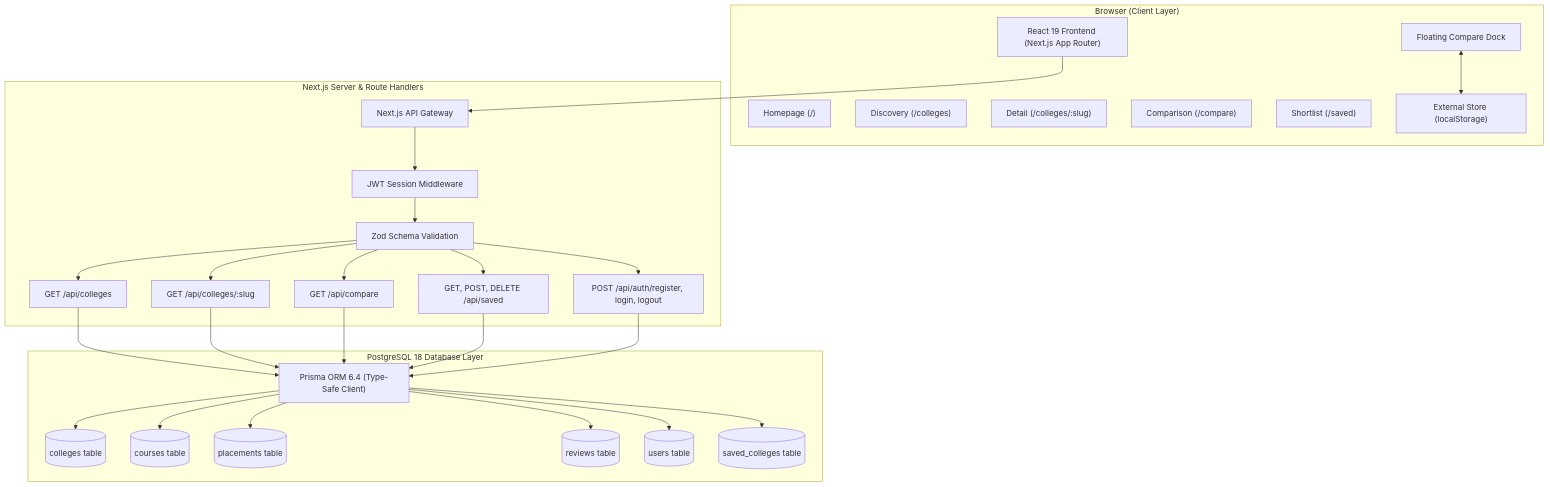
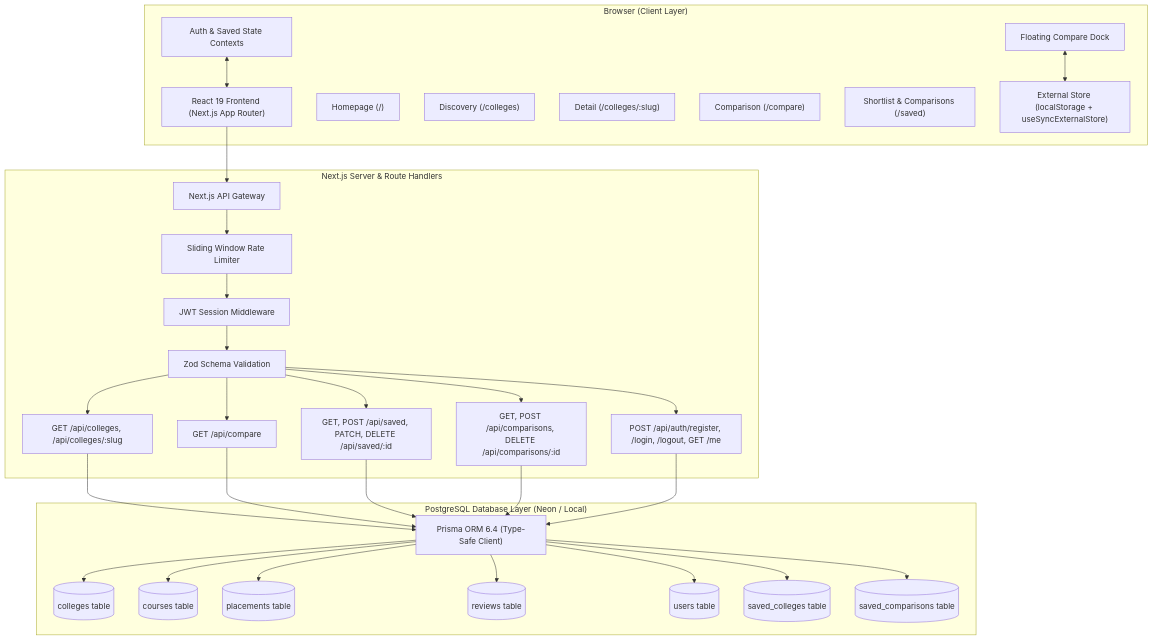
The first of 4 diagrams in README.md (sheetanshumohan/College-Discovery-Platform), drawn with Mermaid before and after one commit. The commit also changed other lines of this file and 7 other files, not shown here.

````diff
--- a/README.md
+++ b/README.md
@@ -61,60 +63,66 @@
 ```mermaid
 graph TD
     subgraph Client["Browser (Client Layer)"]
         UI["React 19 Frontend (Next.js App Router)"]
         UI_Home["Homepage (/)"]
         UI_Search["Discovery (/colleges)"]
         UI_Detail["Detail (/colleges/:slug)"]
         UI_Compare["Comparison (/compare)"]
-        UI_Saved["Shortlist (/saved)"]
+        UI_Saved["Shortlist & Comparisons (/saved)"]
         Dock["Floating Compare Dock"]
-        Store["External Store (localStorage)"]
+        Store["External Store (localStorage + useSyncExternalStore)"]
+        AuthCtx["Auth & Saved State Contexts"]
     end
 
     subgraph Server["Next.js Server & Route Handlers"]
         Router["Next.js API Gateway"]
         AuthMiddleware["JWT Session Middleware"]
+        RateLimiter["Sliding Window Rate Limiter"]
         ZodValidators["Zod Schema Validation"]
         
-        API_Colleges["GET /api/colleges"]
-        API_Detail["GET /api/colleges/:slug"]
+        API_Colleges["GET /api/colleges, /api/colleges/:slug"]
         API_Compare["GET /api/compare"]
-        API_Saved["GET, POST, DELETE /api/saved"]
-        API_Auth["POST /api/auth/register, login, logout"]
+        API_Saved["GET, POST /api/saved, PATCH, DELETE /api/saved/:id"]
+        API_Comparisons["GET, POST /api/comparisons, DELETE /api/comparisons/:id"]
+        API_Auth["POST /api/auth/register, /login, /logout, GET /me"]
     end
 
-    subgraph Database["PostgreSQL 18 Database Layer"]
+    subgraph Database["PostgreSQL Database Layer (Neon / Local)"]
         PrismaClient["Prisma ORM 6.4 (Type-Safe Client)"]
         PG_Colleges[("colleges table")]
         PG_Courses[("courses table")]
         PG_Placements[("placements table")]
         PG_Reviews[("reviews table")]
         PG_Users[("users table")]
         PG_Saved[("saved_colleges table")]
+        PG_Comparisons[("saved_comparisons table")]
     end
 
     UI --> Router
     Dock <--> Store
+    AuthCtx <--> UI
     
-    Router --> AuthMiddleware
+    Router --> RateLimiter
+    RateLimiter --> AuthMiddleware
     AuthMiddleware --> ZodValidators
     
     ZodValidators --> API_Colleges
-    ZodValidators --> API_Detail
     ZodValidators --> API_Compare
     ZodValidators --> API_Saved
+    ZodValidators --> API_Comparisons
     ZodValidators --> API_Auth
     
     API_Colleges --> PrismaClient
-    API_Detail --> PrismaClient
     API_Compare --> PrismaClient
     API_Saved --> PrismaClient
+    API_Comparisons --> PrismaClient
     API_Auth --> PrismaClient
     
     PrismaClient --> PG_Colleges
     PrismaClient --> PG_Courses
     PrismaClient --> PG_Placements
     PrismaClient --> PG_Reviews
     PrismaClient --> PG_Users
     PrismaClient --> PG_Saved
+    PrismaClient --> PG_Comparisons
 ```
````
